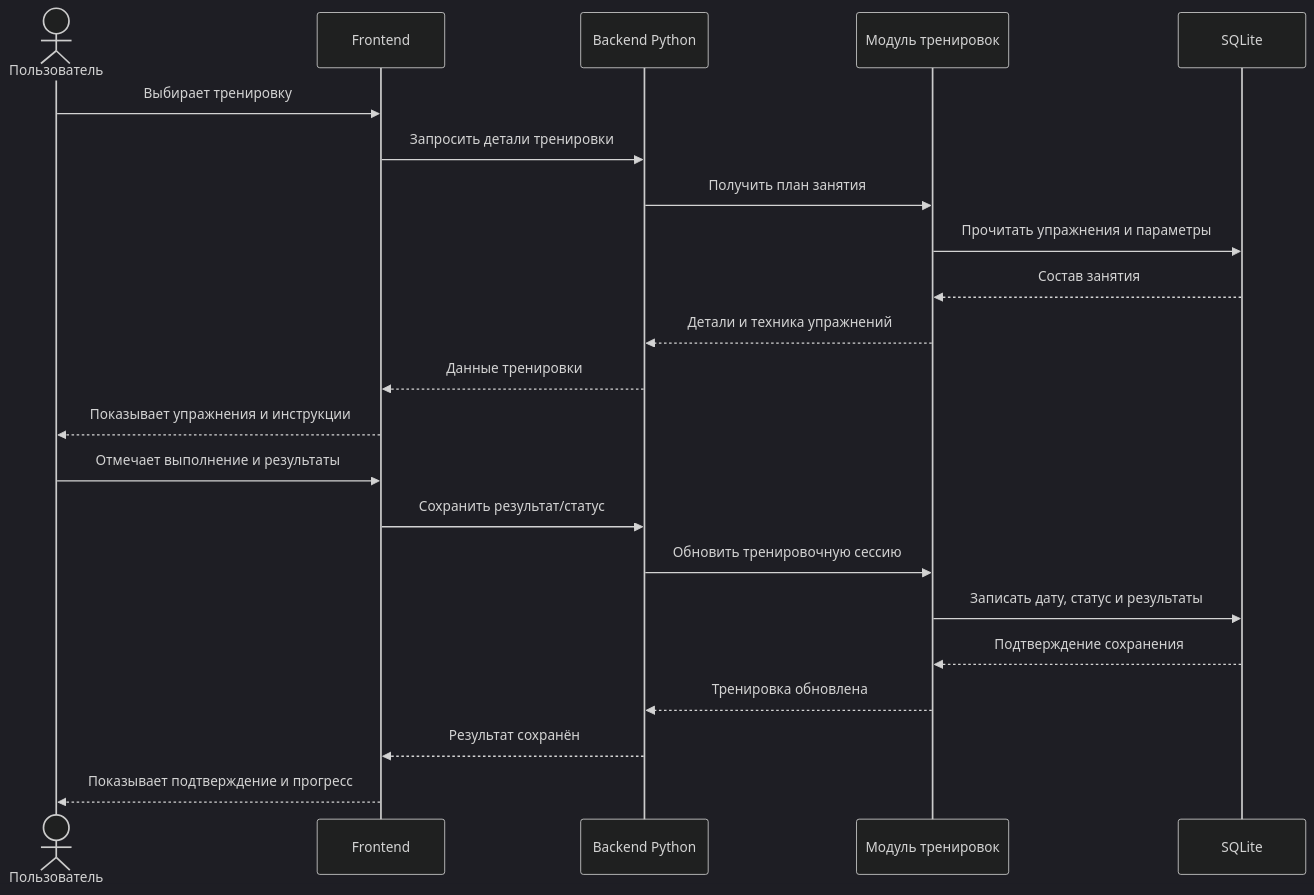
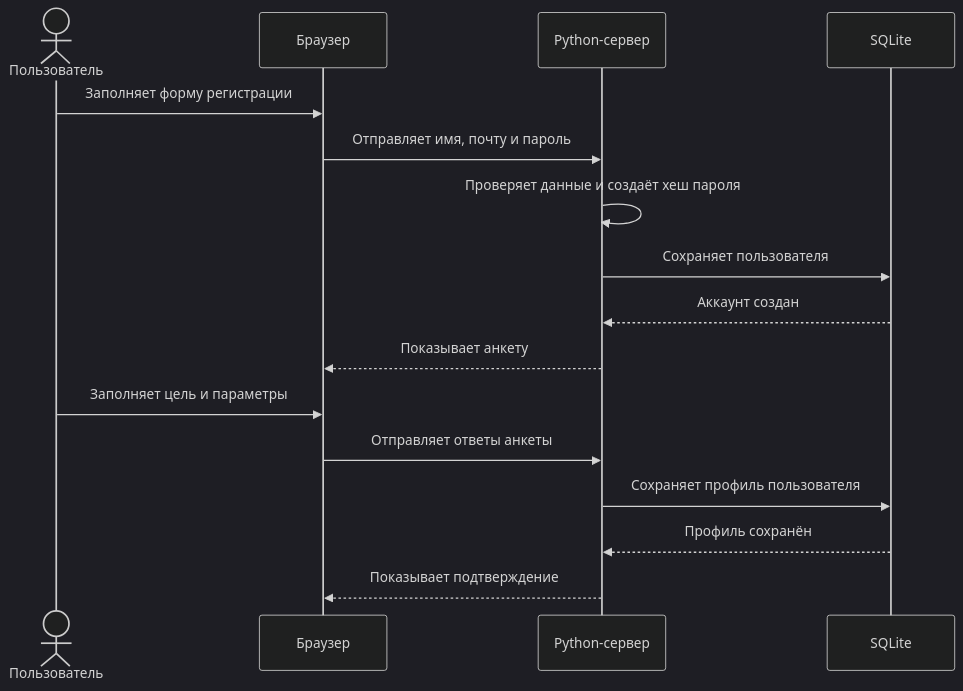
The second of 3 diagrams in sequence-diagram.md (zdudanets-spec/individual-fitness-trainer), drawn with Mermaid (dark theme) before and after one commit. The commit also changed other lines of this file and 9 other files, not shown here.

````diff
--- a/sequence-diagram.md
+++ b/sequence-diagram.md
@@ -35,24 +30,18 @@
 ```mermaid
 sequenceDiagram
-    actor U as Пользователь
-    participant F as Frontend
-    participant B as Backend Python
-    participant T as Модуль тренировок
-    participant D as SQLite
-    U->>F: Выбирает тренировку
-    F->>B: Запросить детали тренировки
-    B->>T: Получить план занятия
-    T->>D: Прочитать упражнения и параметры
-    D-->>T: Состав занятия
-    T-->>B: Детали и техника упражнений
-    B-->>F: Данные тренировки
-    F-->>U: Показывает упражнения и инструкции
-    U->>F: Отмечает выполнение и результаты
-    F->>B: Сохранить результат/статус
-    B->>T: Обновить тренировочную сессию
-    T->>D: Записать дату, статус и результаты
-    D-->>T: Подтверждение сохранения
-    T-->>B: Тренировка обновлена
-    B-->>F: Результат сохранён
-    F-->>U: Показывает подтверждение и прогресс
+    actor User as Пользователь
+    participant Browser as Браузер
+    participant Server as Python-сервер
+    participant DB as SQLite
+    User->>Browser: Заполняет форму регистрации
+    Browser->>Server: Отправляет имя, почту и пароль
+    Server->>Server: Проверяет данные и создаёт хеш пароля
+    Server->>DB: Сохраняет пользователя
+    DB-->>Server: Аккаунт создан
+    Server-->>Browser: Показывает анкету
+    User->>Browser: Заполняет цель и параметры
+    Browser->>Server: Отправляет ответы анкеты
+    Server->>DB: Сохраняет профиль пользователя
+    DB-->>Server: Профиль сохранён
+    Server-->>Browser: Показывает подтверждение
 ```
````
